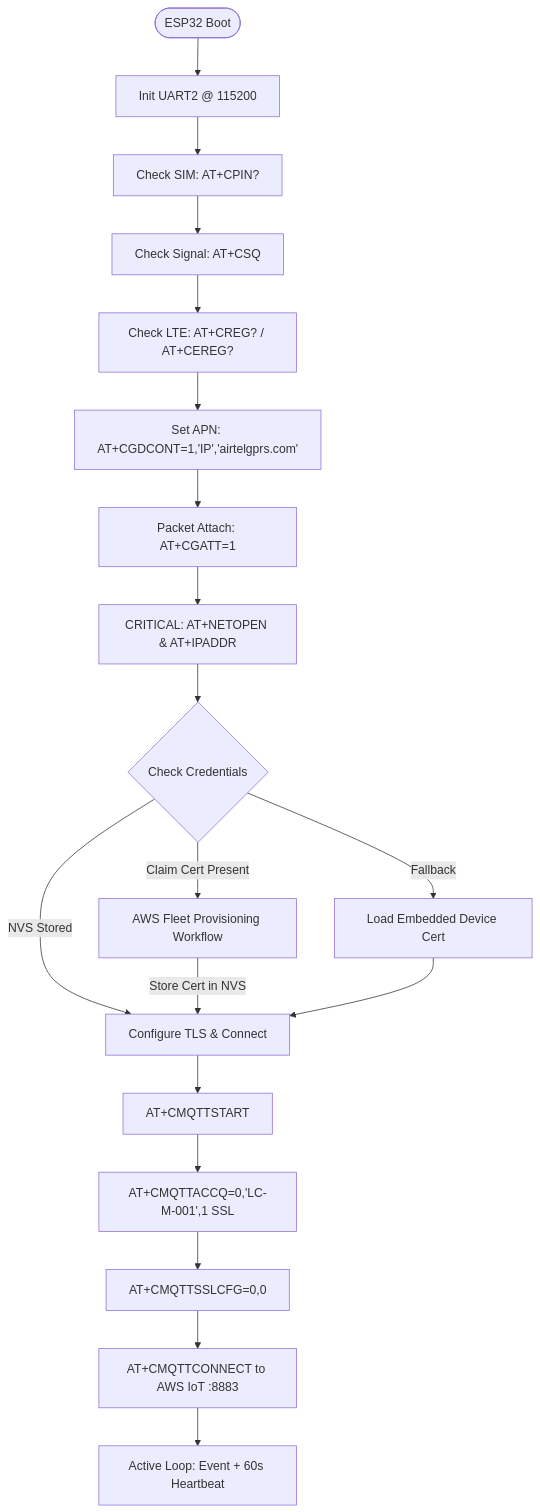
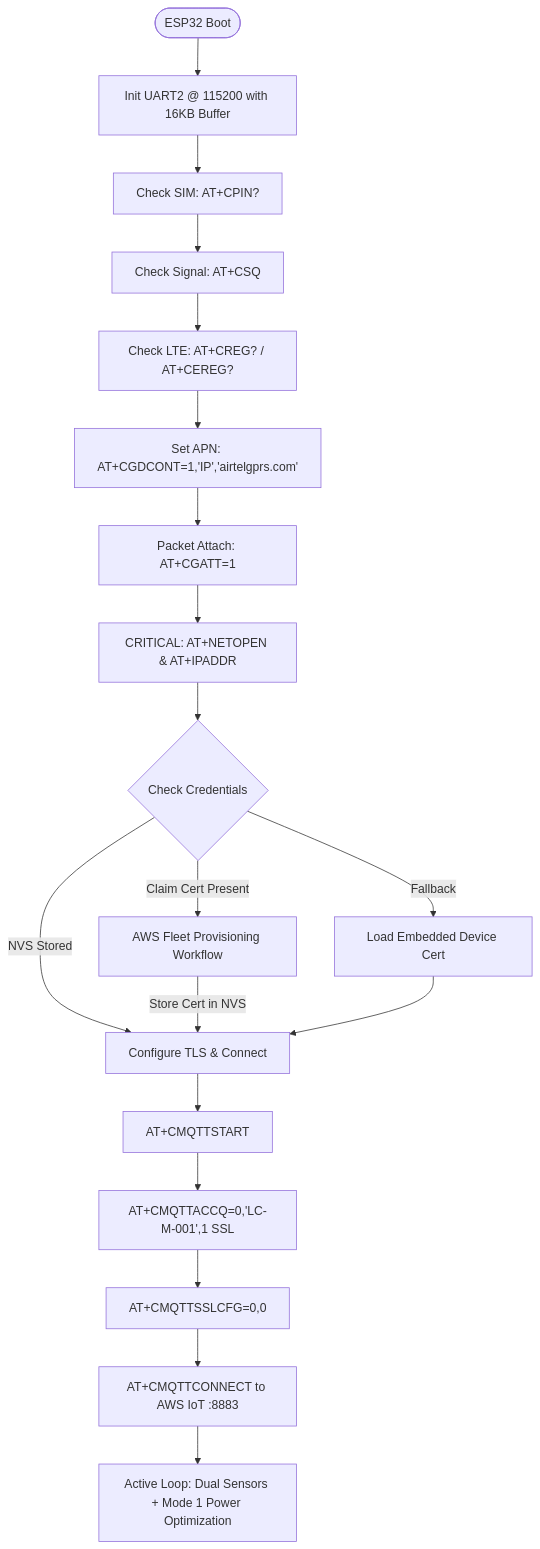
Before and after one commit to aniruddhasharma39/lc-firmware: the diagram in README.md, drawn with Mermaid. The commit also changed other lines of this file, not shown here.

Commit message:
Update documentation with Option A dual sensor tracking and Mode 1 power optimization

````diff
--- a/README.md
+++ b/README.md
@@ -62,24 +62,24 @@
 ```mermaid
 flowchart TD
-    Boot([ESP32 Boot]) --> UART[Init UART2 @ 115200]
+    Boot([ESP32 Boot]) --> UART[Init UART2 @ 115200 with 16KB Buffer]
     UART --> CheckSIM[Check SIM: AT+CPIN?]
     CheckSIM --> Signal[Check Signal: AT+CSQ]
     Signal --> Reg[Check LTE: AT+CREG? / AT+CEREG?]
     Reg --> APN[Set APN: AT+CGDCONT=1,'IP','airtelgprs.com']
     APN --> Attach[Packet Attach: AT+CGATT=1]
     Attach --> NetOpen[CRITICAL: AT+NETOPEN & AT+IPADDR]
     NetOpen --> CertCheck{Check Credentials}
     
     CertCheck -->|NVS Stored| PermanentTLS[Configure TLS & Connect]
     CertCheck -->|Claim Cert Present| FleetProv[AWS Fleet Provisioning Workflow]
     CertCheck -->|Fallback| DirectCert[Load Embedded Device Cert]
     
     FleetProv -->|Store Cert in NVS| PermanentTLS
     DirectCert --> PermanentTLS
     
     PermanentTLS --> MQTTStart[AT+CMQTTSTART]
     MQTTStart --> ClientAccq[AT+CMQTTACCQ=0,'LC-M-001',1 SSL]
     ClientAccq --> SSLBind[AT+CMQTTSSLCFG=0,0]
     SSLBind --> Connect[AT+CMQTTCONNECT to AWS IoT :8883]
-    Connect --> LiveLoop[Active Loop: Event + 60s Heartbeat]
+    Connect --> LiveLoop[Active Loop: Dual Sensors + Mode 1 Power Optimization]
 ```
````
